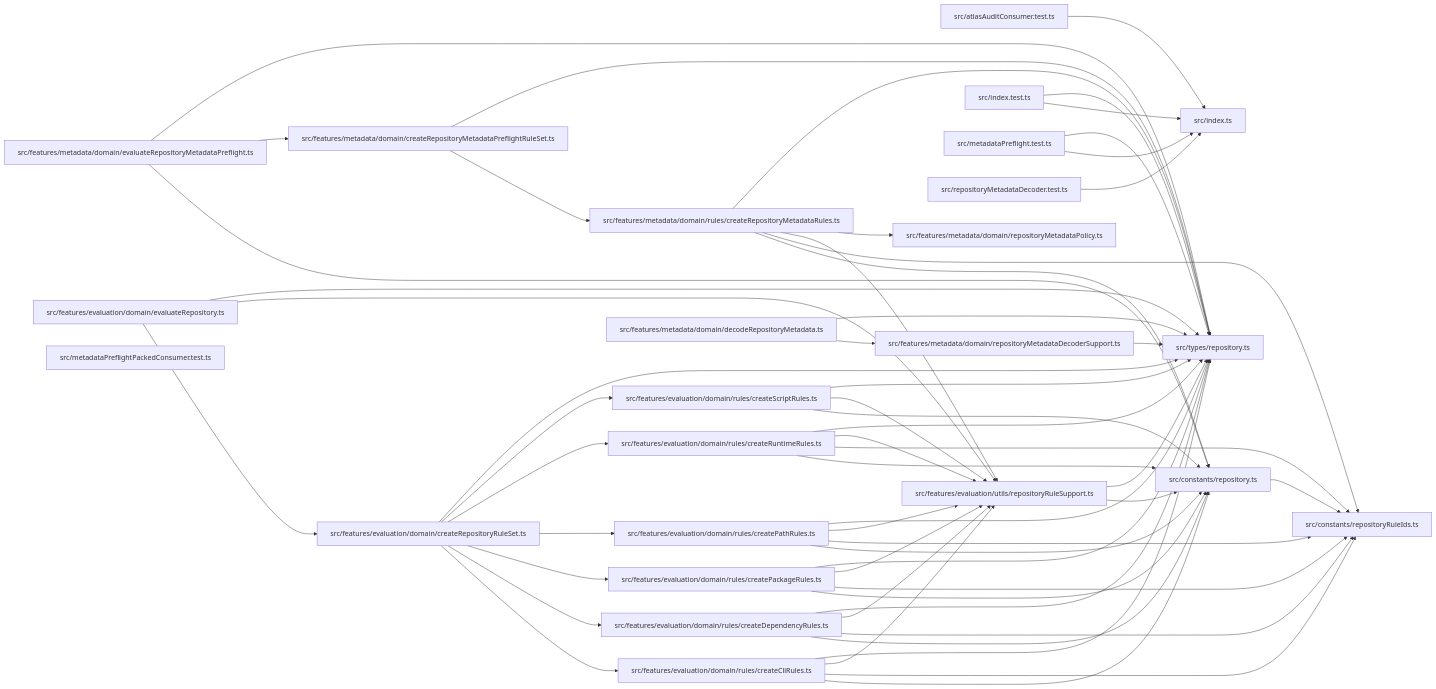
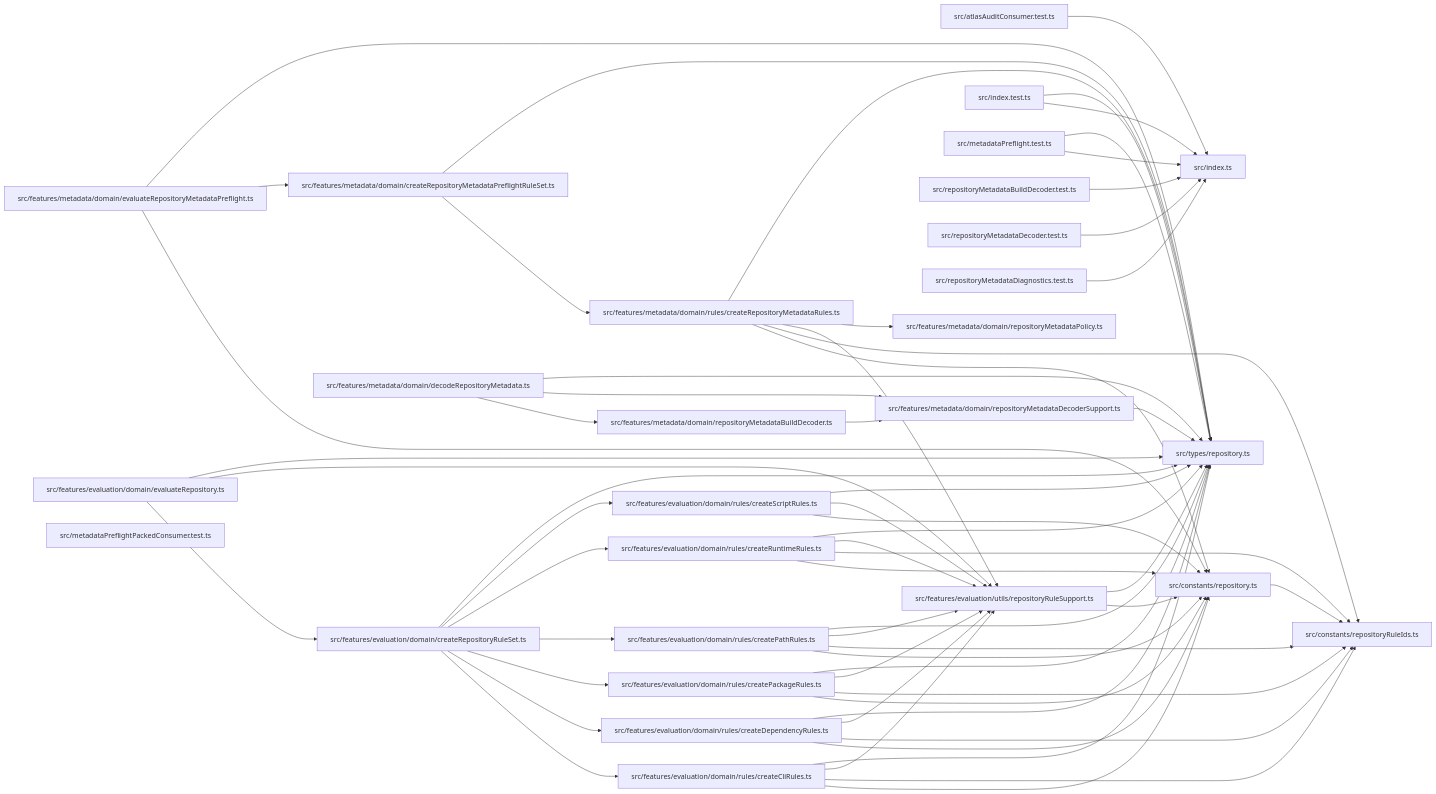
One commit to ankhorage/rules-repository changed the diagram in paradox/diagrams/module-relationships.mmd. Above: the diagram before and after it, drawn with Mermaid. The commit also changed 11 other files, not shown here.

```diff
--- a/paradox/diagrams/module-relationships.mmd
+++ b/paradox/diagrams/module-relationships.mmd
@@ -1,80 +1,87 @@
 graph LR
   module_src_atlasAuditConsumer_test_ts["src/atlasAuditConsumer.test.ts"]
   module_src_constants_repository_ts["src/constants/repository.ts"]
   module_src_constants_repositoryRuleIds_ts["src/constants/repositoryRuleIds.ts"]
   module_src_features_evaluation_domain_createRepositoryRuleSet_ts["src/features/evaluation/domain/createRepositoryRuleSet.ts"]
   module_src_features_evaluation_domain_evaluateRepository_ts["src/features/evaluation/domain/evaluateRepository.ts"]
   module_src_features_evaluation_domain_rules_createCliRules_ts["src/features/evaluation/domain/rules/createCliRules.ts"]
   module_src_features_evaluation_domain_rules_createDependencyRules_ts["src/features/evaluation/domain/rules/createDependencyRules.ts"]
   module_src_features_evaluation_domain_rules_createPackageRules_ts["src/features/evaluation/domain/rules/createPackageRules.ts"]
   module_src_features_evaluation_domain_rules_createPathRules_ts["src/features/evaluation/domain/rules/createPathRules.ts"]
   module_src_features_evaluation_domain_rules_createRuntimeRules_ts["src/features/evaluation/domain/rules/createRuntimeRules.ts"]
   module_src_features_evaluation_domain_rules_createScriptRules_ts["src/features/evaluation/domain/rules/createScriptRules.ts"]
   module_src_features_evaluation_utils_repositoryRuleSupport_ts["src/features/evaluation/utils/repositoryRuleSupport.ts"]
   module_src_features_metadata_domain_createRepositoryMetadataPreflightRuleSet_ts["src/features/metadata/domain/createRepositoryMetadataPreflightRuleSet.ts"]
   module_src_features_metadata_domain_decodeRepositoryMetadata_ts["src/features/metadata/domain/decodeRepositoryMetadata.ts"]
   module_src_features_metadata_domain_evaluateRepositoryMetadataPreflight_ts["src/features/metadata/domain/evaluateRepositoryMetadataPreflight.ts"]
+  module_src_features_metadata_domain_repositoryMetadataBuildDecoder_ts["src/features/metadata/domain/repositoryMetadataBuildDecoder.ts"]
   module_src_features_metadata_domain_repositoryMetadataDecoderSupport_ts["src/features/metadata/domain/repositoryMetadataDecoderSupport.ts"]
   module_src_features_metadata_domain_repositoryMetadataPolicy_ts["src/features/metadata/domain/repositoryMetadataPolicy.ts"]
   module_src_features_metadata_domain_rules_createRepositoryMetadataRules_ts["src/features/metadata/domain/rules/createRepositoryMetadataRules.ts"]
   module_src_index_test_ts["src/index.test.ts"]
   module_src_index_ts["src/index.ts"]
   module_src_metadataPreflight_test_ts["src/metadataPreflight.test.ts"]
   module_src_metadataPreflightPackedConsumer_test_ts["src/metadataPreflightPackedConsumer.test.ts"]
+  module_src_repositoryMetadataBuildDecoder_test_ts["src/repositoryMetadataBuildDecoder.test.ts"]
   module_src_repositoryMetadataDecoder_test_ts["src/repositoryMetadataDecoder.test.ts"]
+  module_src_repositoryMetadataDiagnostics_test_ts["src/repositoryMetadataDiagnostics.test.ts"]
   module_src_types_repository_ts["src/types/repository.ts"]
   module_src_atlasAuditConsumer_test_ts --> module_src_index_ts
   module_src_constants_repository_ts --> module_src_constants_repositoryRuleIds_ts
   module_src_features_evaluation_domain_createRepositoryRuleSet_ts --> module_src_features_evaluation_domain_rules_createCliRules_ts
   module_src_features_evaluation_domain_createRepositoryRuleSet_ts --> module_src_features_evaluation_domain_rules_createDependencyRules_ts
   module_src_features_evaluation_domain_createRepositoryRuleSet_ts --> module_src_features_evaluation_domain_rules_createPackageRules_ts
   module_src_features_evaluation_domain_createRepositoryRuleSet_ts --> module_src_features_evaluation_domain_rules_createPathRules_ts
   module_src_features_evaluation_domain_createRepositoryRuleSet_ts --> module_src_features_evaluation_domain_rules_createRuntimeRules_ts
   module_src_features_evaluation_domain_createRepositoryRuleSet_ts --> module_src_features_evaluation_domain_rules_createScriptRules_ts
   module_src_features_evaluation_domain_createRepositoryRuleSet_ts --> module_src_types_repository_ts
   module_src_features_evaluation_domain_evaluateRepository_ts --> module_src_features_evaluation_domain_createRepositoryRuleSet_ts
   module_src_features_evaluation_domain_evaluateRepository_ts --> module_src_features_evaluation_utils_repositoryRuleSupport_ts
   module_src_features_evaluation_domain_evaluateRepository_ts --> module_src_types_repository_ts
   module_src_features_evaluation_domain_rules_createCliRules_ts --> module_src_constants_repository_ts
   module_src_features_evaluation_domain_rules_createCliRules_ts --> module_src_constants_repositoryRuleIds_ts
   module_src_features_evaluation_domain_rules_createCliRules_ts --> module_src_features_evaluation_utils_repositoryRuleSupport_ts
   module_src_features_evaluation_domain_rules_createCliRules_ts --> module_src_types_repository_ts
   module_src_features_evaluation_domain_rules_createDependencyRules_ts --> module_src_constants_repository_ts
   module_src_features_evaluation_domain_rules_createDependencyRules_ts --> module_src_constants_repositoryRuleIds_ts
   module_src_features_evaluation_domain_rules_createDependencyRules_ts --> module_src_features_evaluation_utils_repositoryRuleSupport_ts
   module_src_features_evaluation_domain_rules_createDependencyRules_ts --> module_src_types_repository_ts
   module_src_features_evaluation_domain_rules_createPackageRules_ts --> module_src_constants_repository_ts
   module_src_features_evaluation_domain_rules_createPackageRules_ts --> module_src_constants_repositoryRuleIds_ts
   module_src_features_evaluation_domain_rules_createPackageRules_ts --> module_src_features_evaluation_utils_repositoryRuleSupport_ts
   module_src_features_evaluation_domain_rules_createPackageRules_ts --> module_src_types_repository_ts
   module_src_features_evaluation_domain_rules_createPathRules_ts --> module_src_constants_repository_ts
   module_src_features_evaluation_domain_rules_createPathRules_ts --> module_src_constants_repositoryRuleIds_ts
   module_src_features_evaluation_domain_rules_createPathRules_ts --> module_src_features_evaluation_utils_repositoryRuleSupport_ts
   module_src_features_evaluation_domain_rules_createPathRules_ts --> module_src_types_repository_ts
   module_src_features_evaluation_domain_rules_createRuntimeRules_ts --> module_src_constants_repository_ts
   module_src_features_evaluation_domain_rules_createRuntimeRules_ts --> module_src_constants_repositoryRuleIds_ts
   module_src_features_evaluation_domain_rules_createRuntimeRules_ts --> module_src_features_evaluation_utils_repositoryRuleSupport_ts
   module_src_features_evaluation_domain_rules_createRuntimeRules_ts --> module_src_types_repository_ts
   module_src_features_evaluation_domain_rules_createScriptRules_ts --> module_src_constants_repository_ts
   module_src_features_evaluation_domain_rules_createScriptRules_ts --> module_src_features_evaluation_utils_repositoryRuleSupport_ts
   module_src_features_evaluation_domain_rules_createScriptRules_ts --> module_src_types_repository_ts
   module_src_features_evaluation_utils_repositoryRuleSupport_ts --> module_src_constants_repository_ts
   module_src_features_evaluation_utils_repositoryRuleSupport_ts --> module_src_types_repository_ts
   module_src_features_metadata_domain_createRepositoryMetadataPreflightRuleSet_ts --> module_src_features_metadata_domain_rules_createRepositoryMetadataRules_ts
   module_src_features_metadata_domain_createRepositoryMetadataPreflightRuleSet_ts --> module_src_types_repository_ts
+  module_src_features_metadata_domain_decodeRepositoryMetadata_ts --> module_src_features_metadata_domain_repositoryMetadataBuildDecoder_ts
   module_src_features_metadata_domain_decodeRepositoryMetadata_ts --> module_src_features_metadata_domain_repositoryMetadataDecoderSupport_ts
   module_src_features_metadata_domain_decodeRepositoryMetadata_ts --> module_src_types_repository_ts
   module_src_features_metadata_domain_evaluateRepositoryMetadataPreflight_ts --> module_src_constants_repository_ts
   module_src_features_metadata_domain_evaluateRepositoryMetadataPreflight_ts --> module_src_features_metadata_domain_createRepositoryMetadataPreflightRuleSet_ts
   module_src_features_metadata_domain_evaluateRepositoryMetadataPreflight_ts --> module_src_types_repository_ts
+  module_src_features_metadata_domain_repositoryMetadataBuildDecoder_ts --> module_src_features_metadata_domain_repositoryMetadataDecoderSupport_ts
   module_src_features_metadata_domain_repositoryMetadataDecoderSupport_ts --> module_src_types_repository_ts
   module_src_features_metadata_domain_rules_createRepositoryMetadataRules_ts --> module_src_constants_repository_ts
   module_src_features_metadata_domain_rules_createRepositoryMetadataRules_ts --> module_src_constants_repositoryRuleIds_ts
   module_src_features_metadata_domain_rules_createRepositoryMetadataRules_ts --> module_src_features_evaluation_utils_repositoryRuleSupport_ts
   module_src_features_metadata_domain_rules_createRepositoryMetadataRules_ts --> module_src_features_metadata_domain_repositoryMetadataPolicy_ts
   module_src_features_metadata_domain_rules_createRepositoryMetadataRules_ts --> module_src_types_repository_ts
   module_src_index_test_ts --> module_src_index_ts
   module_src_index_test_ts --> module_src_types_repository_ts
   module_src_metadataPreflight_test_ts --> module_src_index_ts
   module_src_metadataPreflight_test_ts --> module_src_types_repository_ts
+  module_src_repositoryMetadataBuildDecoder_test_ts --> module_src_index_ts
   module_src_repositoryMetadataDecoder_test_ts --> module_src_index_ts
+  module_src_repositoryMetadataDiagnostics_test_ts --> module_src_index_ts
```
